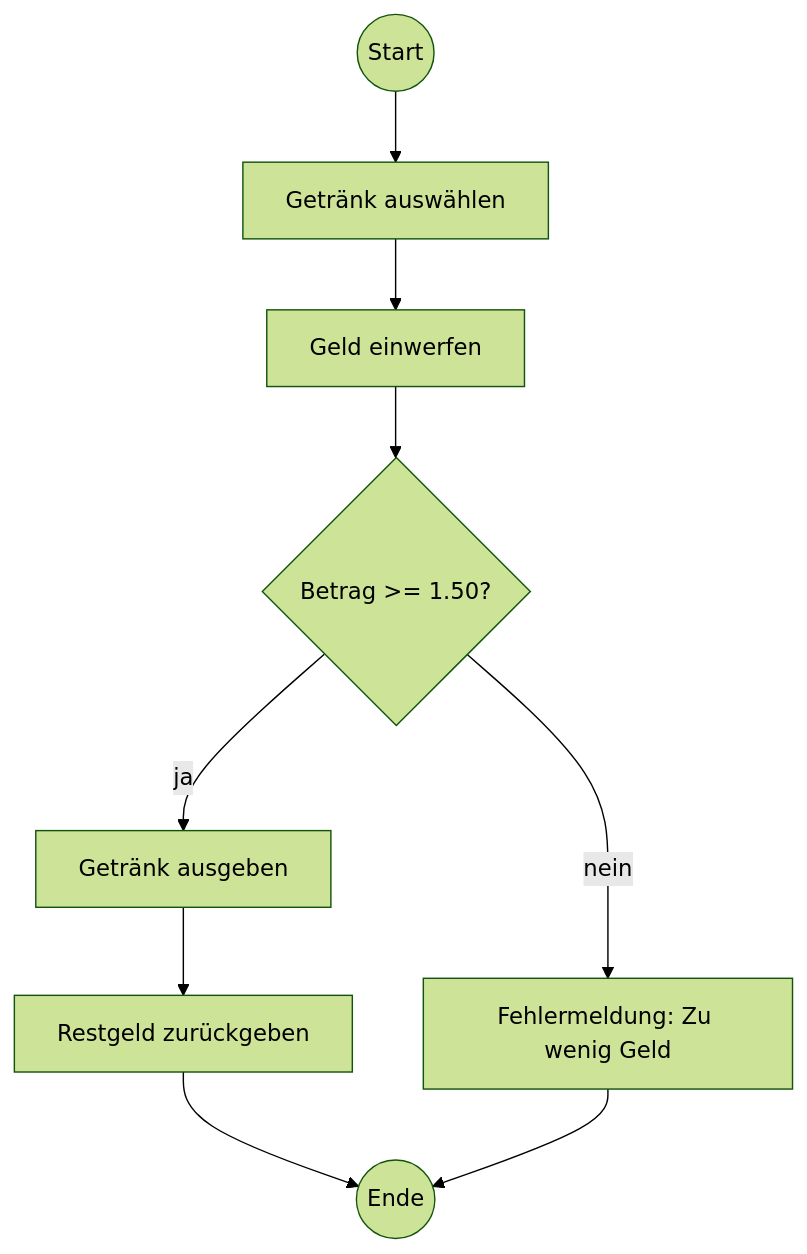
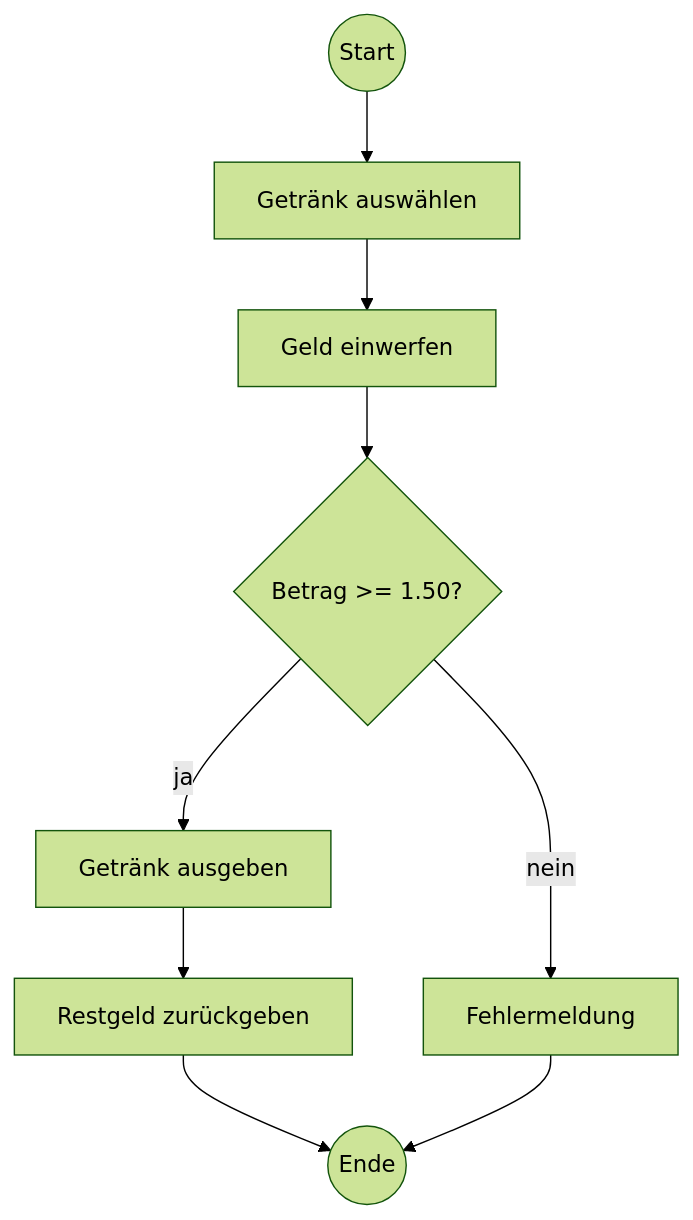
Before and after one commit to ak0f/knowledgebase: the diagram in Python/21 - Einstieg UML.md, drawn with Mermaid (forest theme). The commit also changed other lines of this file and 31 other files, not shown here.

````diff
--- a/Python/21 - Einstieg UML.md
+++ b/Python/21 - Einstieg UML.md
@@ -80,11 +43,11 @@
 ```mermaid
 flowchart TD
     A((Start)) --> B[Getränk auswählen]
     B --> C[Geld einwerfen]
     C --> D{Betrag >= 1.50?}
-    D -- nein --> E[Fehlermeldung: Zu wenig Geld]
+    D -- nein --> E[Fehlermeldung]
     D -- ja --> F[Getränk ausgeben]
     F --> G[Restgeld zurückgeben]
     G --> H((Ende))
     E --> H
 ```
````
